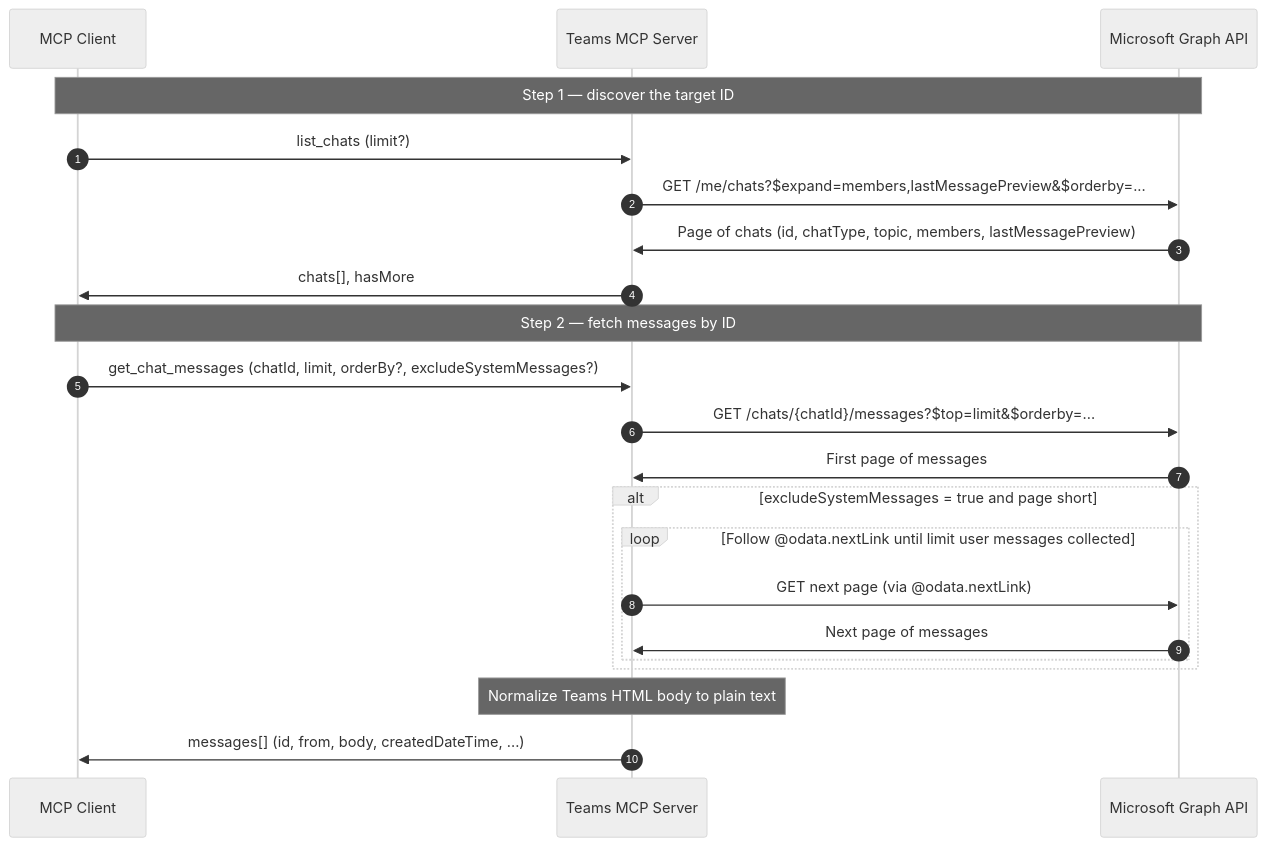
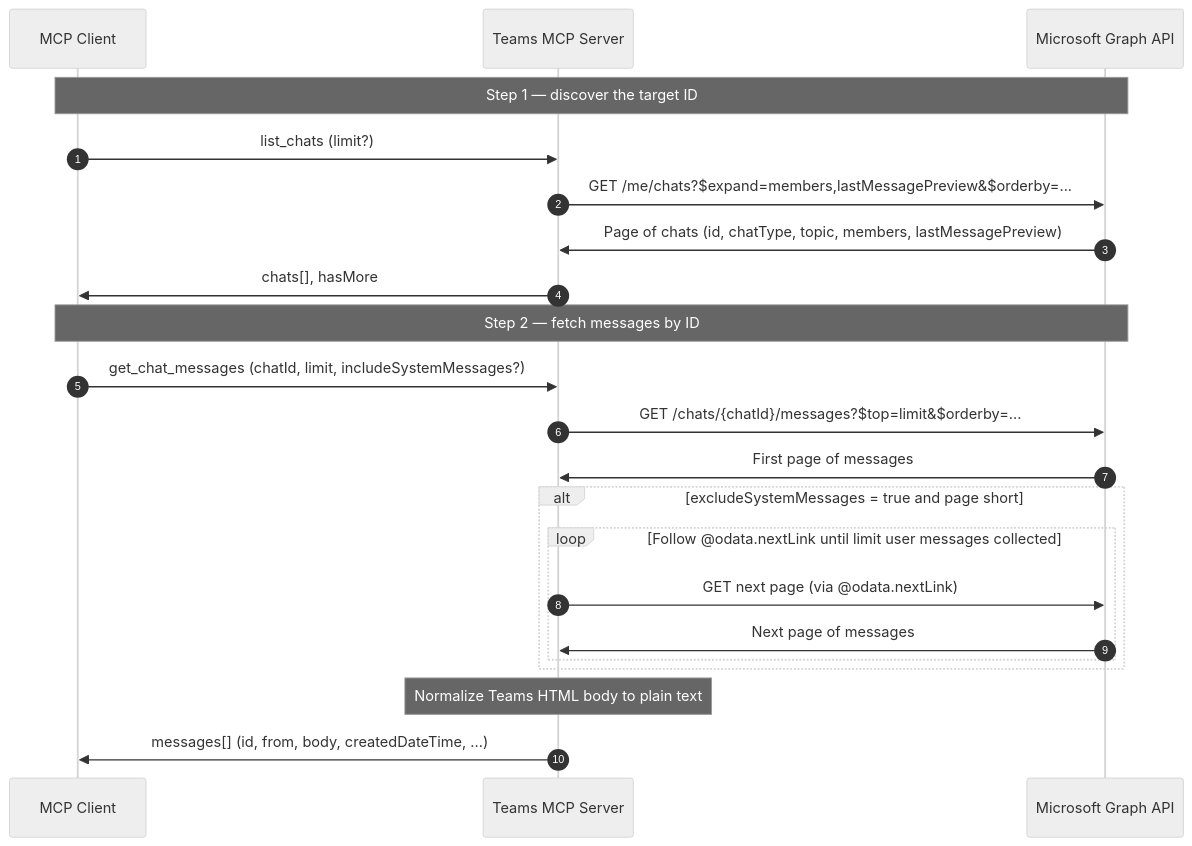
One commit to Unique-AG/connectors changed the fifth of 7 diagrams in services/teams-mcp/docs/technical/flows.md. Above: the diagram before and after it, drawn with Mermaid. The commit also changed other lines of this file and 5 other files, not shown here.

````diff
--- a/services/teams-mcp/docs/technical/flows.md
+++ b/services/teams-mcp/docs/technical/flows.md
@@ -155,31 +155,31 @@
 ```mermaid
 %%{init: {'theme': 'neutral', 'themeVariables': { 'fontSize': '14px' }}}%%
 sequenceDiagram
     autonumber
     participant MCPClient as MCP Client
     participant TeamsMCP as Teams MCP Server
     participant MSGraph as Microsoft Graph API
 
     Note over MCPClient,MSGraph: Step 1 — discover the target ID
 
     MCPClient->>TeamsMCP: list_chats (limit?)
     TeamsMCP->>MSGraph: GET /me/chats?$expand=members,lastMessagePreview&$orderby=...
     MSGraph->>TeamsMCP: Page of chats (id, chatType, topic, members, lastMessagePreview)
     TeamsMCP->>MCPClient: chats[], hasMore
 
     Note over MCPClient,MSGraph: Step 2 — fetch messages by ID
 
-    MCPClient->>TeamsMCP: get_chat_messages (chatId, limit, orderBy?, excludeSystemMessages?)
+    MCPClient->>TeamsMCP: get_chat_messages (chatId, limit, includeSystemMessages?)
     TeamsMCP->>MSGraph: GET /chats/{chatId}/messages?$top=limit&$orderby=...
     MSGraph->>TeamsMCP: First page of messages
 
     alt excludeSystemMessages = true and page short
         loop Follow @odata.nextLink until limit user messages collected
             TeamsMCP->>MSGraph: GET next page (via @odata.nextLink)
             MSGraph->>TeamsMCP: Next page of messages
         end
     end
 
     Note over TeamsMCP: Normalize Teams HTML body to plain text
     TeamsMCP->>MCPClient: messages[] (id, from, body, createdDateTime, ...)
 ```
````
